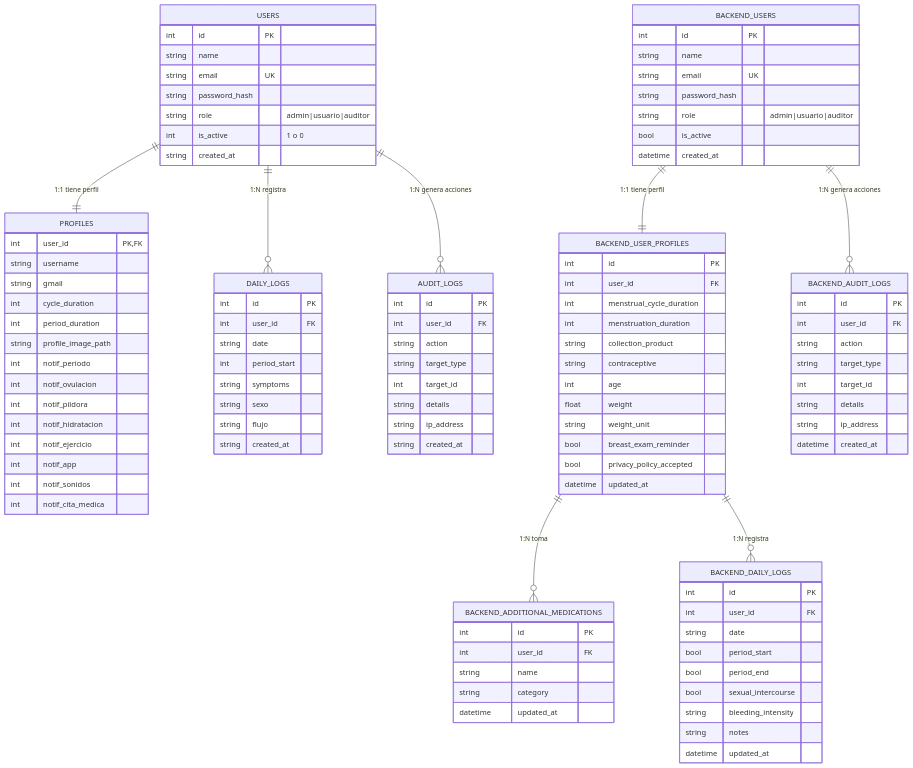
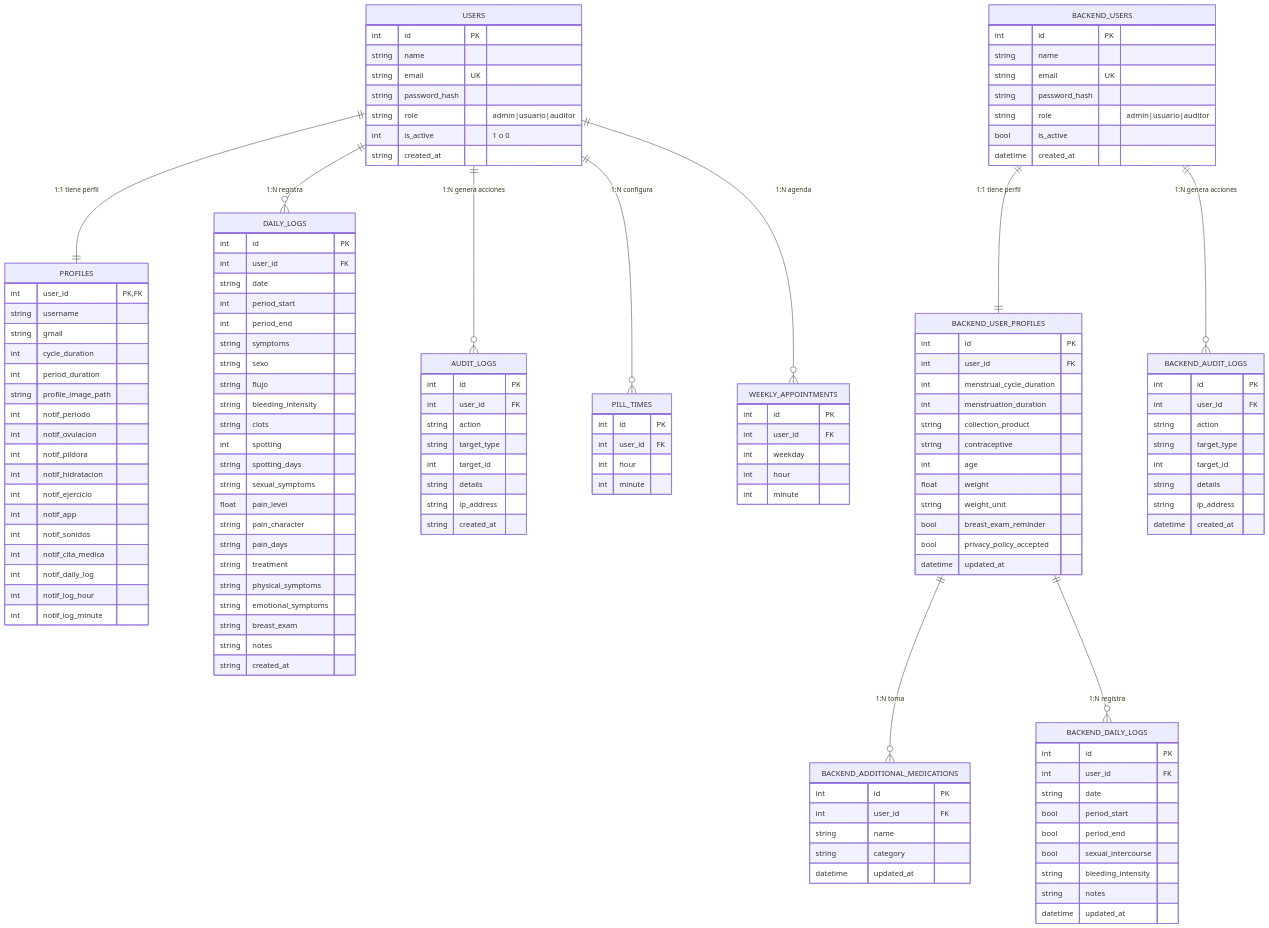
One commit to Jossmart28/Bellota-App changed the diagram in diagrama_relacional.mmd. Above: the diagram before and after it, drawn with Mermaid. The commit also changed 1 other file, not shown here.

```diff
--- a/diagrama_relacional.mmd
+++ b/diagrama_relacional.mmd
@@ -1,118 +1,152 @@
 erDiagram
     %% Capa Local (SQLite)
     USERS {
         int id PK
         string name
         string email UK
         string password_hash
         string role "admin|usuario|auditor"
         int is_active "1 o 0"
         string created_at
     }
 
     PROFILES {
         int user_id PK, FK
         string username
         string gmail
         int cycle_duration
         int period_duration
         string profile_image_path
         int notif_periodo
         int notif_ovulacion
         int notif_pildora
         int notif_hidratacion
         int notif_ejercicio
         int notif_app
         int notif_sonidos
         int notif_cita_medica
+        int notif_daily_log
+        int notif_log_hour
+        int notif_log_minute
     }
 
     DAILY_LOGS {
         int id PK
         int user_id FK
         string date
         int period_start
+        int period_end
         string symptoms
         string sexo
         string flujo
+        string bleeding_intensity
+        string clots
+        int spotting
+        string spotting_days
+        string sexual_symptoms
+        float pain_level
+        string pain_character
+        string pain_days
+        string treatment
+        string physical_symptoms
+        string emotional_symptoms
+        string breast_exam
+        string notes
         string created_at
     }
     
     AUDIT_LOGS {
         int id PK
         int user_id FK
         string action
         string target_type
         int target_id
         string details
         string ip_address
         string created_at
+    }
+
+    PILL_TIMES {
+        int id PK
+        int user_id FK
+        int hour
+        int minute
+    }
+
+    WEEKLY_APPOINTMENTS {
+        int id PK
+        int user_id FK
+        int weekday
+        int hour
+        int minute
     }
 
     %% Capa Backend (FastAPI)
     BACKEND_USERS {
         int id PK
         string name
         string email UK
         string password_hash
         string role "admin|usuario|auditor"
         bool is_active
         datetime created_at
     }
 
     BACKEND_USER_PROFILES {
         int id PK
         int user_id FK
         int menstrual_cycle_duration
         int menstruation_duration
         string collection_product
         string contraceptive
         int age
         float weight
         string weight_unit
         bool breast_exam_reminder
         bool privacy_policy_accepted
         datetime updated_at
     }
 
     BACKEND_ADDITIONAL_MEDICATIONS {
         int id PK
         int user_id FK
         string name
         string category
         datetime updated_at
     }
 
     BACKEND_DAILY_LOGS {
         int id PK
         int user_id FK
         string date
         bool period_start
         bool period_end
         bool sexual_intercourse
         string bleeding_intensity
         string notes
         datetime updated_at
     }
     
     BACKEND_AUDIT_LOGS {
         int id PK
         int user_id FK
         string action
         string target_type
         int target_id
         string details
         string ip_address
         datetime created_at
     }
 
     %% Relaciones Locales
     USERS ||--|| PROFILES : "1:1 tiene perfil"
     USERS ||--o{ DAILY_LOGS : "1:N registra"
     USERS ||--o{ AUDIT_LOGS : "1:N genera acciones"
+    USERS ||--o{ PILL_TIMES : "1:N configura"
+    USERS ||--o{ WEEKLY_APPOINTMENTS : "1:N agenda"
 
     %% Relaciones Backend
     BACKEND_USERS ||--|| BACKEND_USER_PROFILES : "1:1 tiene perfil"
     BACKEND_USERS ||--o{ BACKEND_AUDIT_LOGS : "1:N genera acciones"
     BACKEND_USER_PROFILES ||--o{ BACKEND_ADDITIONAL_MEDICATIONS : "1:N toma"
     BACKEND_USER_PROFILES ||--o{ BACKEND_DAILY_LOGS : "1:N registra"
```
